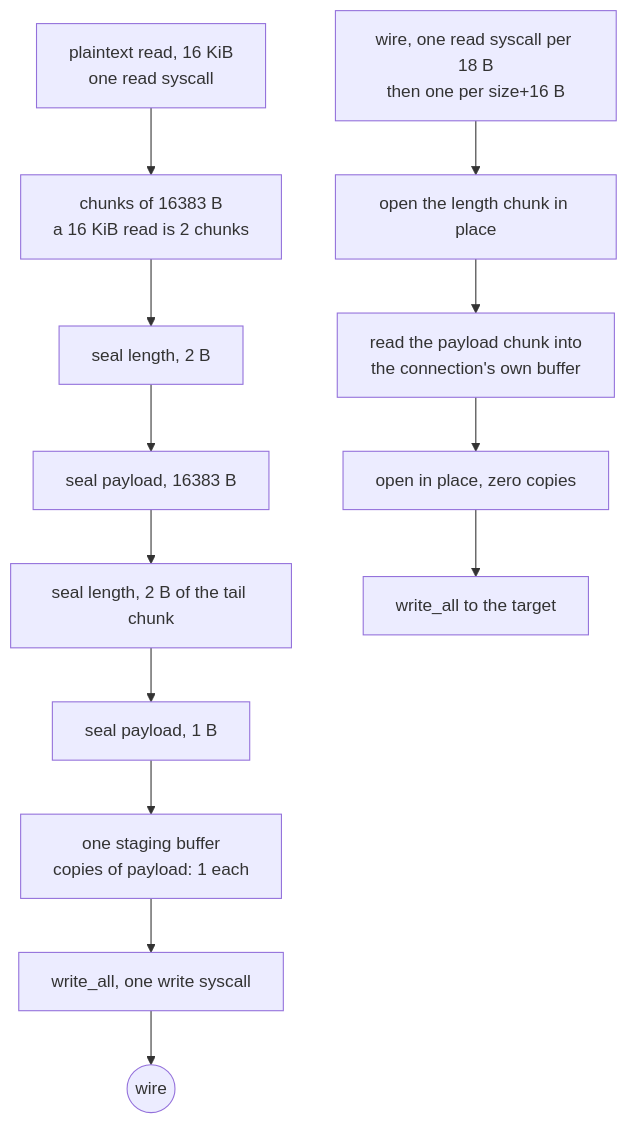
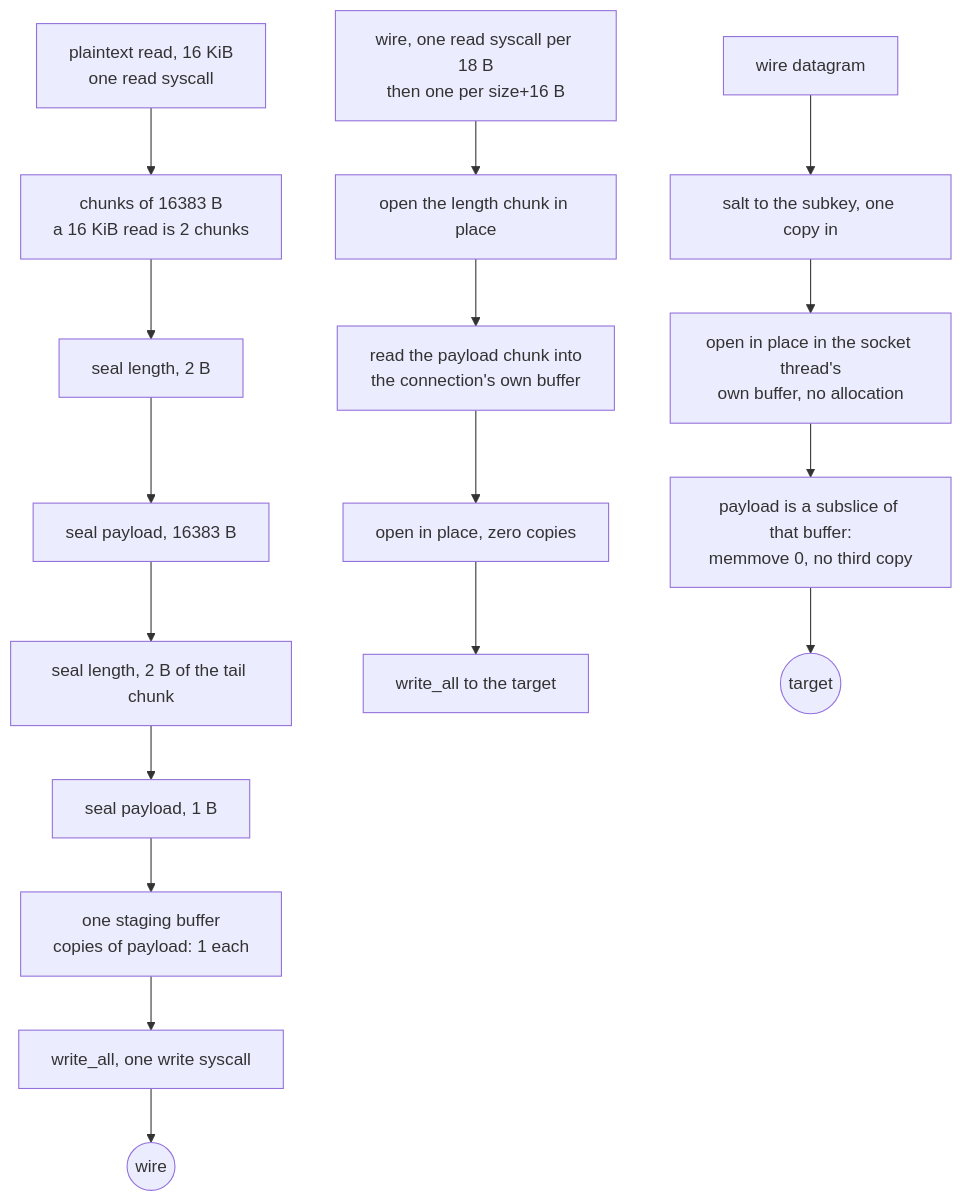
The diagram in docs/function/shadowsocks.md (TheGorgeousIvorChival/ferrox), drawn with Mermaid before and after one commit. The commit also changed other lines of this file and 21 other files, not shown here.

````diff
--- a/docs/function/shadowsocks.md
+++ b/docs/function/shadowsocks.md
@@ -21,15 +21,19 @@
 ```mermaid
 graph TD
     A["plaintext read, 16 KiB<br/>one read syscall"] --> B["chunks of 16383 B<br/>a 16 KiB read is 2 chunks"]
     B --> C1["seal length, 2 B"]
     C1 --> C2["seal payload, 16383 B"]
     C2 --> D1["seal length, 2 B of the tail chunk"]
     D1 --> D2["seal payload, 1 B"]
     D2 --> E["one staging buffer<br/>copies of payload: 1 each"]
     E --> F["write_all, one write syscall"]
     F --> G(("wire"))
     H["wire, one read syscall per 18 B<br/>then one per size+16 B"] --> I["open the length chunk in place"]
     I --> J["read the payload chunk into<br/>the connection's own buffer"]
     J --> K["open in place, zero copies"]
     K --> L["write_all to the target"]
+    M["wire datagram"] --> N["salt to the subkey, one copy in"]
+    N --> O["open in place in the socket thread's<br/>own buffer, no allocation"]
+    O --> P["payload is a subslice of that buffer:<br/>memmove 0, no third copy"]
+    P --> Q(("target"))
 ```
````
